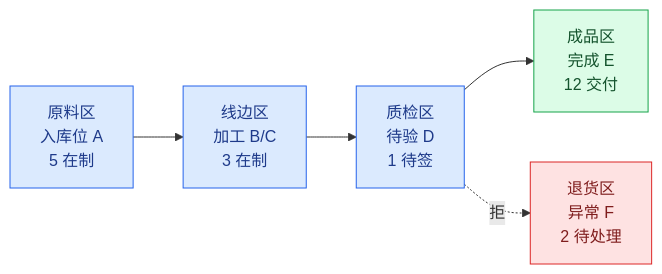
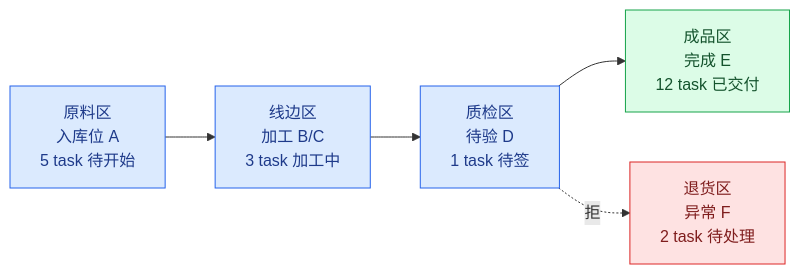
Before and after one commit to chehuizi/beeOS: the second of 4 diagrams in docs/architecture/kernel-design.md, drawn with Mermaid. The commit also changed other lines of this file, not shown here.

First line of the commit message:
docs: kanban 视角统一为 task 视角（之前混了物料视角）

````diff
--- a/docs/architecture/kernel-design.md
+++ b/docs/architecture/kernel-design.md
@@ -91,18 +95,18 @@
 ```mermaid
 graph LR
-    raw["原料区<br/>入库位 A<br/>5 在制"]
-    line["线边区<br/>加工 B/C<br/>3 在制"]
-    qc["质检区<br/>待验 D<br/>1 待签"]
-    finished["成品区<br/>完成 E<br/>12 交付"]
-    return["退货区<br/>异常 F<br/>2 待处理"]
+    raw["原料区<br/>入库位 A<br/>5 task 待开始"]
+    line["线边区<br/>加工 B/C<br/>3 task 加工中"]
+    qc["质检区<br/>待验 D<br/>1 task 待签"]
+    finished["成品区<br/>完成 E<br/>12 task 已交付"]
+    return["退货区<br/>异常 F<br/>2 task 待处理"]
 
     raw --> line --> qc --> finished
     qc -.拒.-> return
 
     classDef zone fill:#dbeafe,stroke:#2563eb,color:#1e3a8a
     classDef ok fill:#dcfce7,stroke:#16a34a,color:#14532d
     classDef bad fill:#fee2e2,stroke:#dc2626,color:#7f1d1d
     class raw,line,qc zone
     class finished ok
     class return bad
 ```
````
